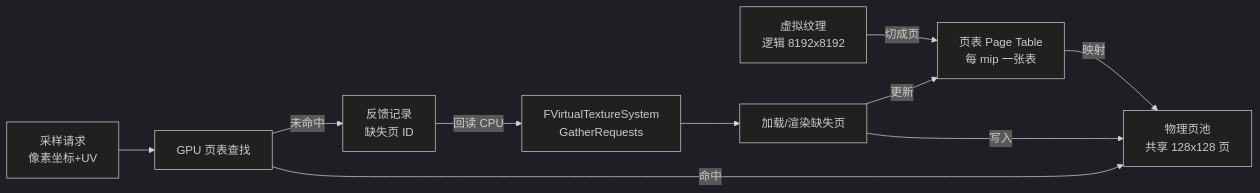
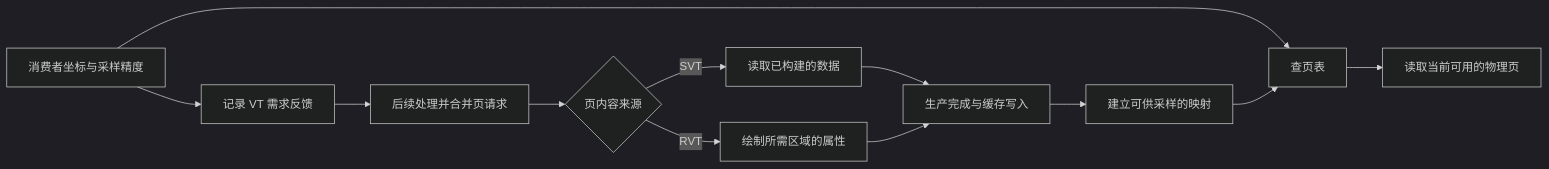
The first of 5 diagrams in 知识/04-图形动画与物理仿真/材质地形与世界表现/07-虚拟纹理与材质混合.md (fantuan812/learning), drawn with Mermaid (dark theme) before and after one commit. The commit also changed other lines of this file and 2 other files, not shown here.

````diff
--- a/知识/04-图形动画与物理仿真/材质地形与世界表现/07-虚拟纹理与材质混合.md
+++ b/知识/04-图形动画与物理仿真/材质地形与世界表现/07-虚拟纹理与材质混合.md
@@ -60,12 +66,14 @@
 ```mermaid
 flowchart LR
-    A[虚拟纹理<br/>逻辑 8192x8192] -->|切成页| B[页表 Page Table<br/>每 mip 一张表]
-    B -->|映射| C[物理页池<br/>共享 128x128 页]
-    D[采样请求<br/>像素坐标+UV] --> E[GPU 页表查找]
-    E -->|命中| C
-    E -->|未命中| F[反馈记录<br/>缺失页 ID]
-    F -->|回读 CPU| G[FVirtualTextureSystem<br/>GatherRequests]
-    G --> H[加载/渲染缺失页]
-    H -->|写入| C
-    H -->|更新| B
+    A[消费者坐标与采样精度] --> B[查页表]
+    B --> C[读取当前可用的物理页]
+    A --> D[记录 VT 需求反馈]
+    D --> E[后续处理并合并页请求]
+    E --> F{页内容来源}
+    F -->|SVT| G[读取已构建的数据]
+    F -->|RVT| H[绘制所需区域的属性]
+    G --> I[生产完成与缓存写入]
+    H --> I
+    I --> J[建立可供采样的映射]
+    J --> B
 ```
````
